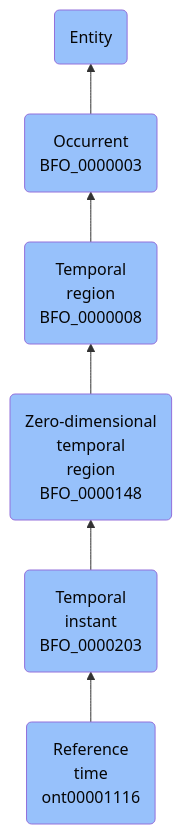
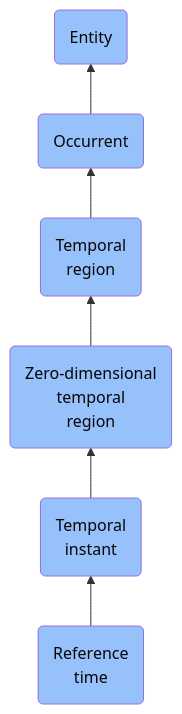
Before and after one commit to jupyter-naas/abi: the diagram in docs/ontology/reference/model/Entity/Occurrent/Temporal region/Zero-dimensional temporal region/Temporal instant/Reference time/Reference time.md, drawn with Mermaid. The commit also changed other lines of this file and 1430 other files, not shown here.

````diff
--- a/docs/ontology/reference/model/Entity/Occurrent/Temporal region/Zero-dimensional temporal region/Temporal instant/Reference time/Reference time.md
+++ b/docs/ontology/reference/model/Entity/Occurrent/Temporal region/Zero-dimensional temporal region/Temporal instant/Reference time/Reference time.md
@@ -26,13 +26,13 @@
 ```mermaid
 graph BT
-    ont00001116(Reference<br>time<br>ont00001116):::BFO-->BFO_0000203
-    BFO_0000203(Temporal<br>instant<br>BFO_0000203):::BFO-->BFO_0000148
-    BFO_0000148(Zero-dimensional<br>temporal<br>region<br>BFO_0000148):::BFO-->BFO_0000008
-    BFO_0000008(Temporal<br>region<br>BFO_0000008):::BFO-->BFO_0000003
-    BFO_0000003(Occurrent<br>BFO_0000003):::BFO-->BFO_0000001
+    ont00001116(Reference<br>time):::BFO-->BFO_0000203
+    BFO_0000203(Temporal<br>instant):::BFO-->BFO_0000148
+    BFO_0000148(Zero-dimensional<br>temporal<br>region):::BFO-->BFO_0000008
+    BFO_0000008(Temporal<br>region):::BFO-->BFO_0000003
+    BFO_0000003(Occurrent):::BFO-->BFO_0000001
     BFO_0000001(Entity):::BFO
     
     classDef BFO fill:#97c1fb,color:#060606
     classDef CCO fill:#e4c51e,color:#060606
     classDef ABI fill:#48DD82,color:#060606
 ```
````
